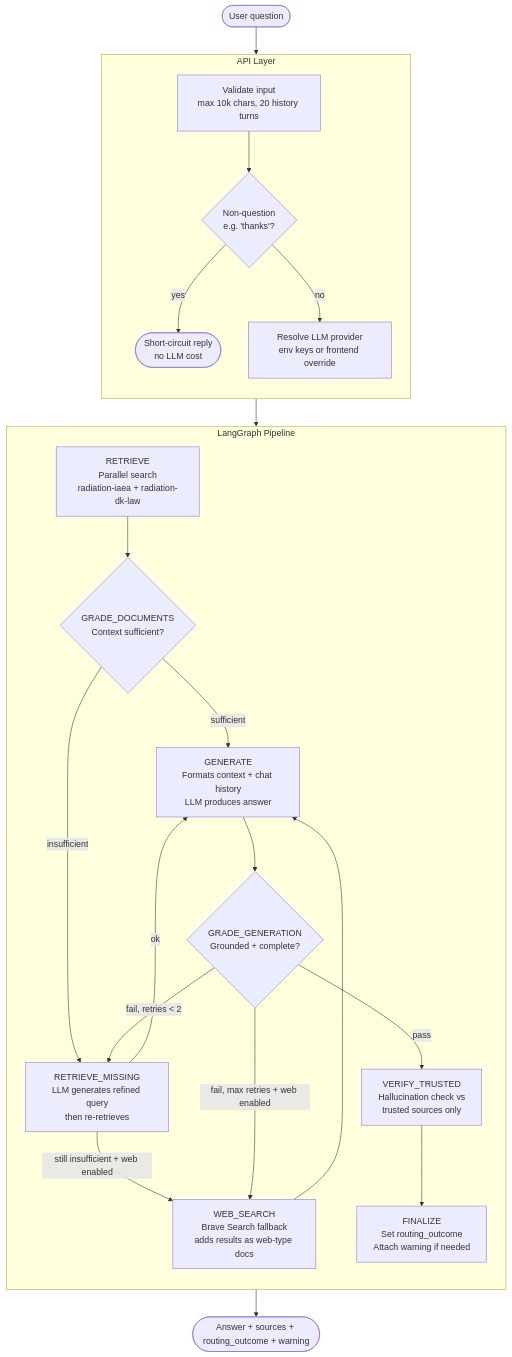
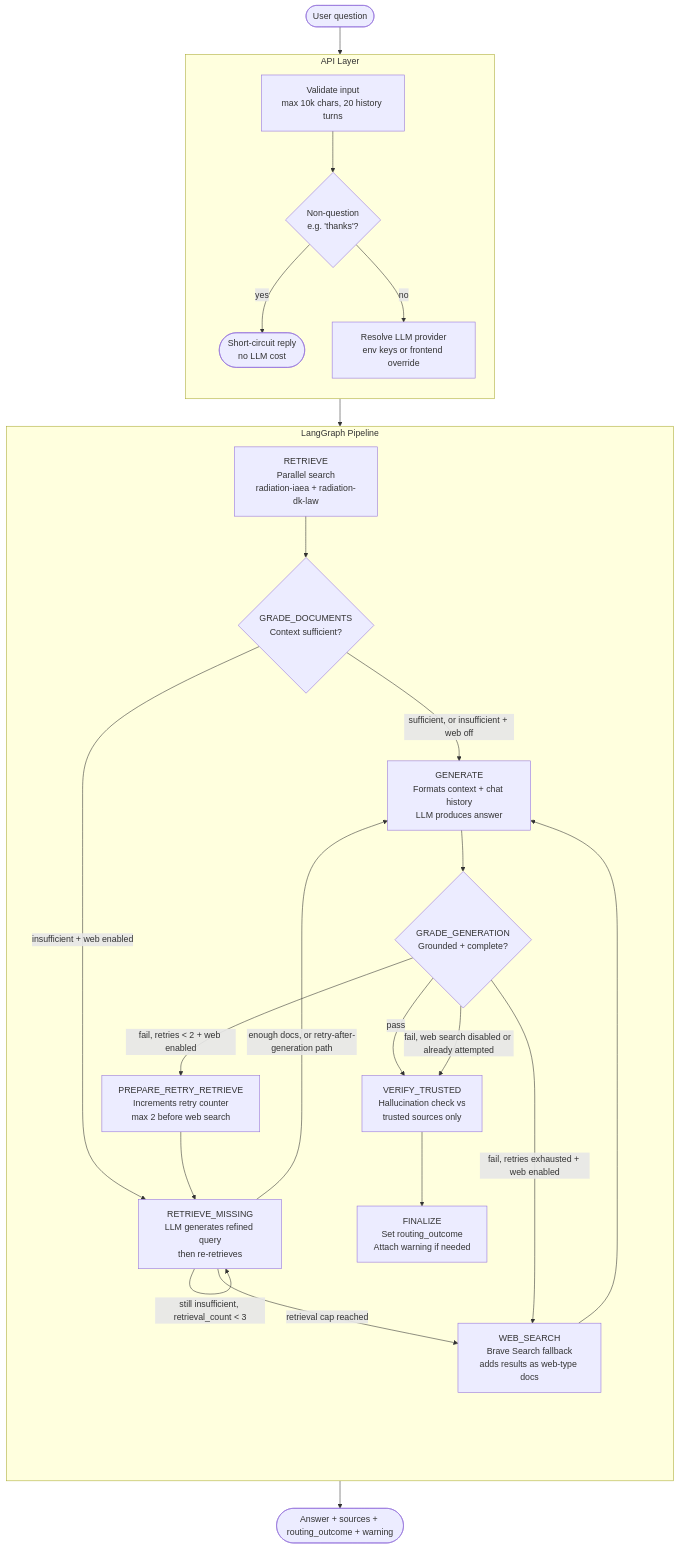
One commit to eikrad/Radiationsafety changed the second of 5 diagrams in docs/architecture.md. Above: the diagram before and after it, drawn with Mermaid. The commit also changed other lines of this file and 3 other files, not shown here.

First line of the commit message:
docs: align architecture diagrams and API docs with current graph.py

````diff
--- a/docs/architecture.md
+++ b/docs/architecture.md
@@ -33,42 +33,46 @@
 ```mermaid
 flowchart TD
     Q([User question]) --> API
 
     subgraph API [API Layer]
         direction TB
         V[Validate input\nmax 10k chars, 20 history turns]
         NC{Non-question\ne.g. 'thanks'?}
         RES[Resolve LLM provider\nenv keys or frontend override]
         V --> NC
         NC -->|yes| SC([Short-circuit reply\nno LLM cost])
         NC -->|no| RES
     end
 
     RES --> GRAPH
 
     subgraph GRAPH [LangGraph Pipeline]
         direction TB
         R[RETRIEVE\nParallel search\nradiation-iaea + radiation-dk-law]
         GD{GRADE_DOCUMENTS\nContext sufficient?}
         RM[RETRIEVE_MISSING\nLLM generates refined query\nthen re-retrieves]
         WS[WEB_SEARCH\nBrave Search fallback\nadds results as web-type docs]
         GEN[GENERATE\nFormats context + chat history\nLLM produces answer]
         GG{GRADE_GENERATION\nGrounded + complete?}
+        PRR[PREPARE_RETRY_RETRIEVE\nIncrements retry counter\nmax 2 before web search]
         VT[VERIFY_TRUSTED\nHallucination check vs\ntrusted sources only]
         FIN[FINALIZE\nSet routing_outcome\nAttach warning if needed]
 
         R --> GD
-        GD -->|sufficient| GEN
-        GD -->|insufficient| RM
-        RM -->|ok| GEN
-        RM -->|still insufficient + web enabled| WS
+        GD -->|sufficient, or insufficient + web off| GEN
+        GD -->|insufficient + web enabled| RM
+        RM -->|enough docs, or retry-after-generation path| GEN
+        RM -->|"still insufficient, retrieval_count < 3"| RM
+        RM -->|retrieval cap reached| WS
         WS --> GEN
         GEN --> GG
         GG -->|pass| VT
-        GG -->|fail, retries < 2| RM
-        GG -->|fail, max retries + web enabled| WS
+        GG -->|fail, retries < 2 + web enabled| PRR
+        PRR --> RM
+        GG -->|fail, retries exhausted + web enabled| WS
+        GG -->|fail, web search disabled or already attempted| VT
         VT --> FIN
     end
 
     FIN --> ANS([Answer + sources + routing_outcome + warning])
 ```
````
